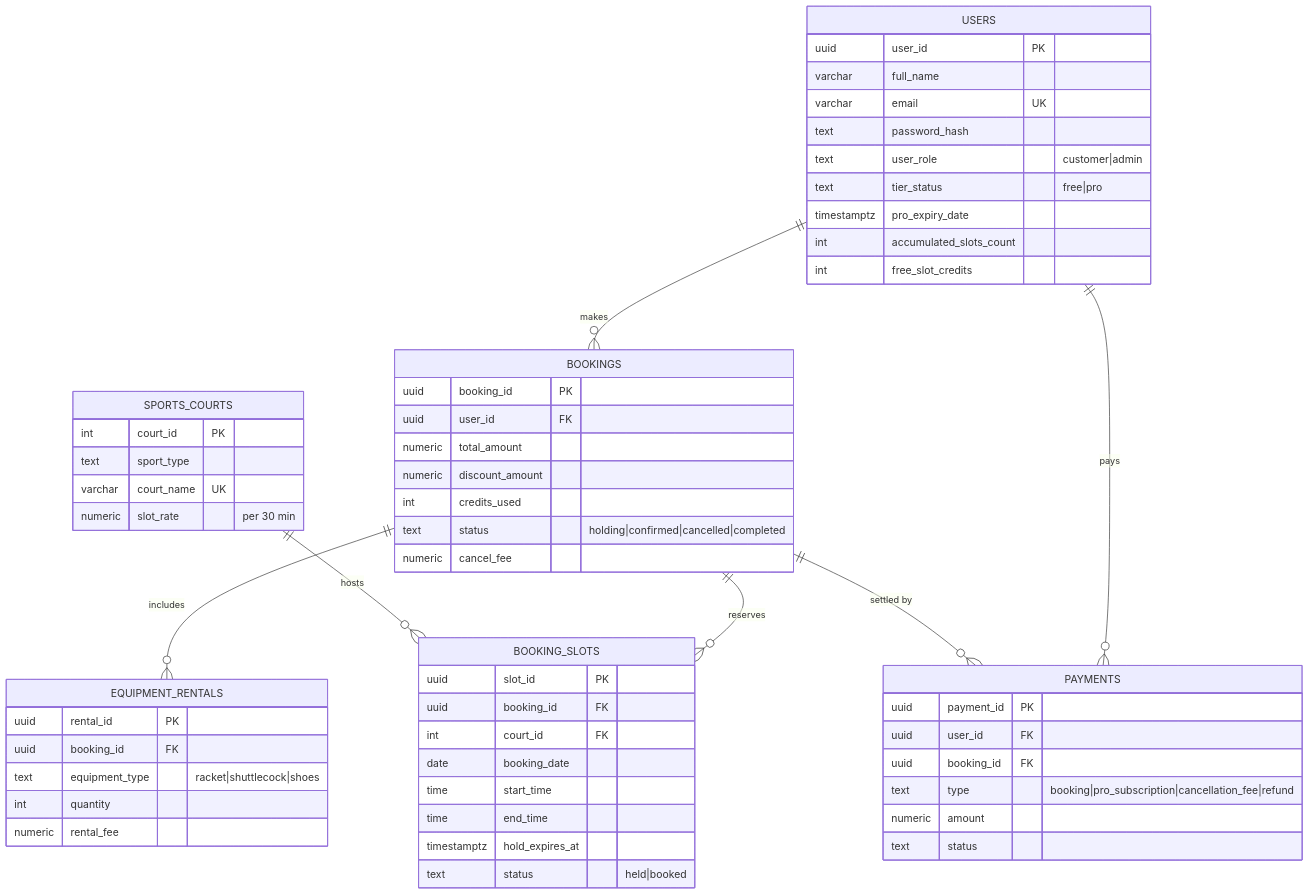
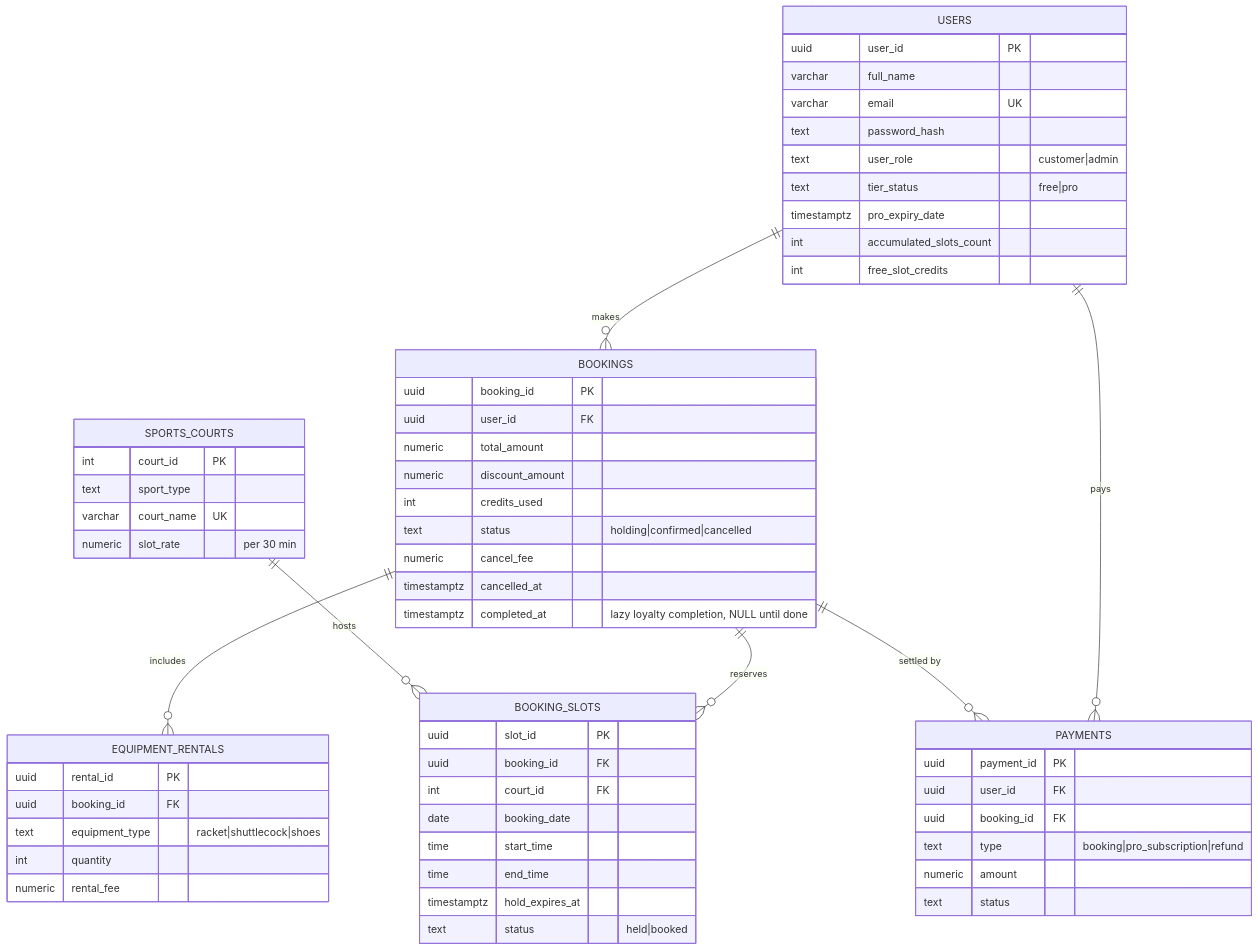
The diagram in docs/ER_DIAGRAM.md (austinsila/Match-Up), drawn with Mermaid before and after one commit. The commit also changed other lines of this file and 3 other files, not shown here.

First line of the commit message:
Harden schema and add booking limits to settings

````diff
--- a/docs/ER_DIAGRAM.md
+++ b/docs/ER_DIAGRAM.md
@@ -3,61 +3,63 @@
 ```mermaid
 erDiagram
     USERS ||--o{ BOOKINGS : makes
     USERS ||--o{ PAYMENTS : pays
     BOOKINGS ||--o{ BOOKING_SLOTS : reserves
     BOOKINGS ||--o{ EQUIPMENT_RENTALS : includes
     BOOKINGS ||--o{ PAYMENTS : "settled by"
     SPORTS_COURTS ||--o{ BOOKING_SLOTS : hosts
 
     USERS {
         uuid user_id PK
         varchar full_name
         varchar email UK
         text password_hash
         text user_role "customer|admin"
         text tier_status "free|pro"
         timestamptz pro_expiry_date
         int accumulated_slots_count
         int free_slot_credits
     }
     SPORTS_COURTS {
         int court_id PK
         text sport_type
         varchar court_name UK
         numeric slot_rate "per 30 min"
     }
     BOOKINGS {
         uuid booking_id PK
         uuid user_id FK
         numeric total_amount
         numeric discount_amount
         int credits_used
-        text status "holding|confirmed|cancelled|completed"
+        text status "holding|confirmed|cancelled"
         numeric cancel_fee
+        timestamptz cancelled_at
+        timestamptz completed_at "lazy loyalty completion, NULL until done"
     }
     BOOKING_SLOTS {
         uuid slot_id PK
         uuid booking_id FK
         int court_id FK
         date booking_date
         time start_time
         time end_time
         timestamptz hold_expires_at
         text status "held|booked"
     }
     EQUIPMENT_RENTALS {
         uuid rental_id PK
         uuid booking_id FK
         text equipment_type "racket|shuttlecock|shoes"
         int quantity
         numeric rental_fee
     }
     PAYMENTS {
         uuid payment_id PK
         uuid user_id FK
         uuid booking_id FK
-        text type "booking|pro_subscription|cancellation_fee|refund"
+        text type "booking|pro_subscription|refund"
         numeric amount
         text status
     }
 ```
````
